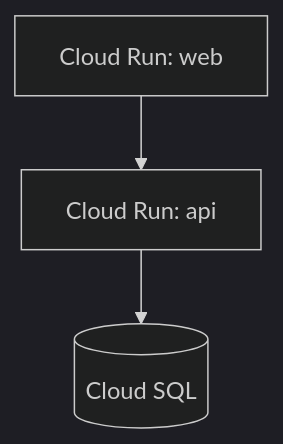
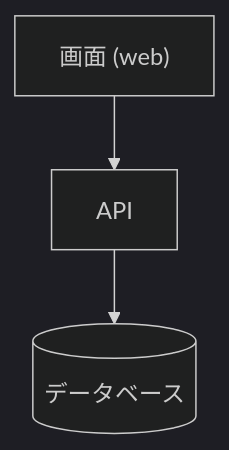
One commit to SakakitaniJunya/Igeta changed the second of 2 diagrams in templates/docs/person/design/shared/06-as-is-overview.md. Above: the diagram before and after it, drawn with Mermaid (dark theme). The commit also changed other lines of this file and 25 other files, not shown here.

First line of the commit message:
person の雛形を人の型へ作り直す — 結論・図・決まりの表 (状態)・決めてほしいこと・関連

````diff
--- a/templates/docs/person/design/shared/06-as-is-overview.md
+++ b/templates/docs/person/design/shared/06-as-is-overview.md
@@ -64,5 +35,5 @@
 ```mermaid
 flowchart TB
-  web["Cloud Run: web"] --> api["Cloud Run: api"]
-  api --> db[("Cloud SQL")]
+  web["画面 (web)"] --> api["API"]
+  api --> db[("データベース")]
 ```
````
